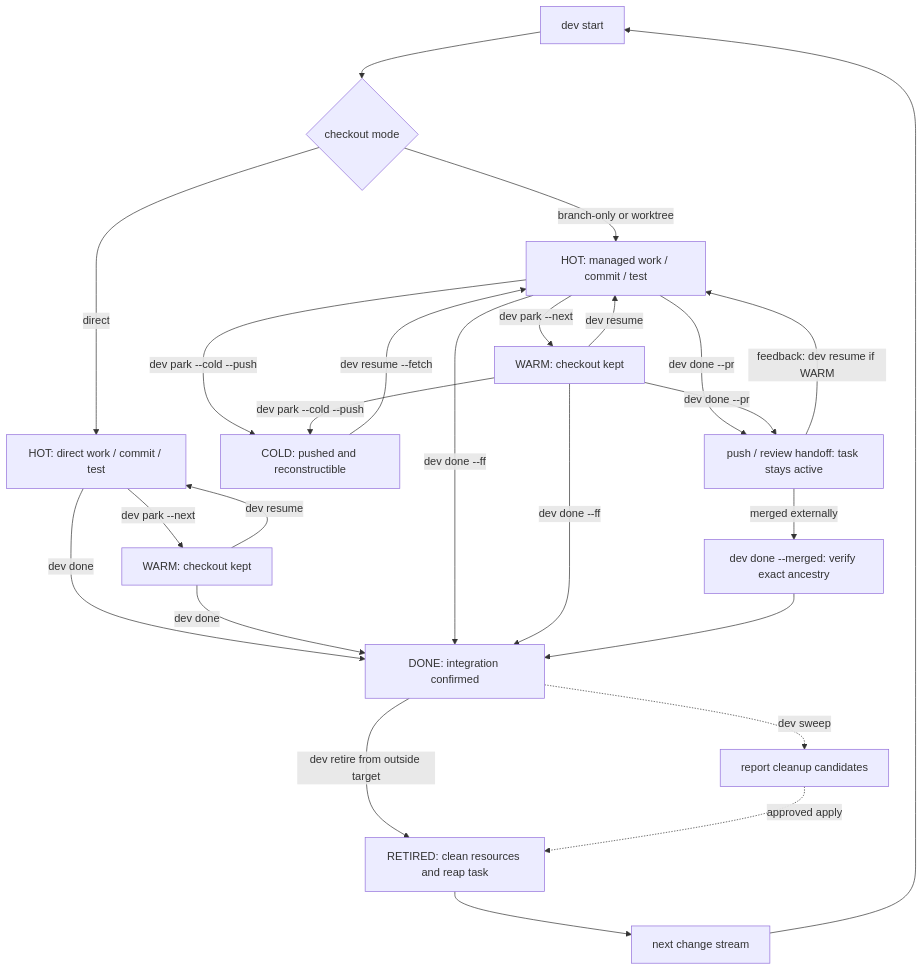
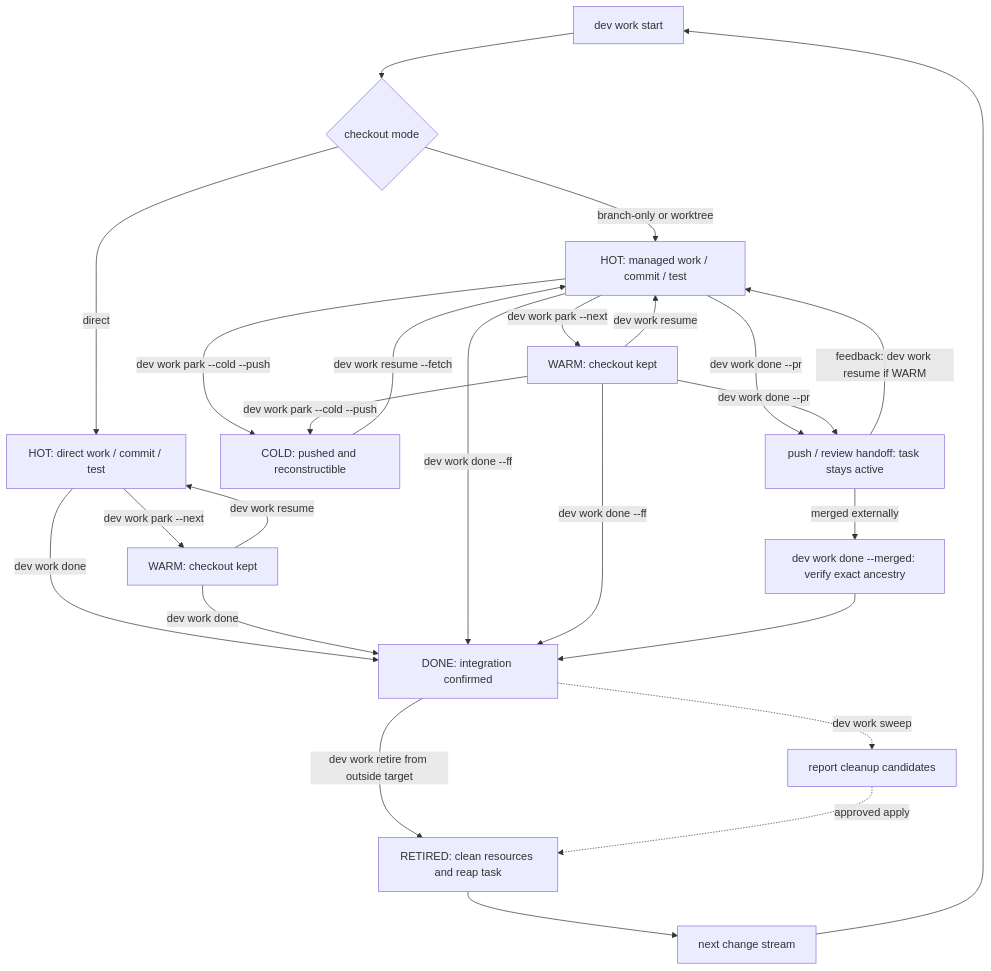
The diagram in docs/guides/change-stream-workflow.md (daviddwlee84/dev-cli), drawn with Mermaid before and after one commit. The commit also changed other lines of this file and 171 other files, not shown here.

````diff
--- a/docs/guides/change-stream-workflow.md
+++ b/docs/guides/change-stream-workflow.md
@@ -16,34 +16,34 @@
 ```mermaid
 flowchart TD
     accTitle: dev-cli change-stream workflow
     accDescr: A change stream starts in direct, branch-only, or worktree mode and cycles through active, parked, and resumed work. Direct or verified integration reaches DONE while resources remain, review preserves the current state, and external retirement performs cleanup.
 
-    Start["dev start"] --> Mode{"checkout mode"}
+    Start["dev work start"] --> Mode{"checkout mode"}
     Mode -->|direct| Direct["HOT: direct work / commit / test"]
     Mode -->|branch-only or worktree| Managed["HOT: managed work / commit / test"]
 
-    Direct -->|dev park --next| WarmDirect["WARM: checkout kept"]
-    WarmDirect -->|dev resume| Direct
-    Managed -->|dev park --next| WarmManaged["WARM: checkout kept"]
-    WarmManaged -->|dev resume| Managed
-    Managed -->|dev park --cold --push| Cold["COLD: pushed and reconstructible"]
-    WarmManaged -->|dev park --cold --push| Cold
-    Cold -->|dev resume --fetch| Managed
+    Direct -->|dev work park --next| WarmDirect["WARM: checkout kept"]
+    WarmDirect -->|dev work resume| Direct
+    Managed -->|dev work park --next| WarmManaged["WARM: checkout kept"]
+    WarmManaged -->|dev work resume| Managed
+    Managed -->|dev work park --cold --push| Cold["COLD: pushed and reconstructible"]
+    WarmManaged -->|dev work park --cold --push| Cold
+    Cold -->|dev work resume --fetch| Managed
 
-    Direct -->|dev done| Done["DONE: integration confirmed"]
-    WarmDirect -->|dev done| Done
-    Managed -->|dev done --ff| Done
-    WarmManaged -->|dev done --ff| Done
+    Direct -->|dev work done| Done["DONE: integration confirmed"]
+    WarmDirect -->|dev work done| Done
+    Managed -->|dev work done --ff| Done
+    WarmManaged -->|dev work done --ff| Done
 
-    Managed -->|dev done --pr| Review["push / review handoff: task stays active"]
-    WarmManaged -->|dev done --pr| Review
-    Review -->|feedback: dev resume if WARM| Managed
-    Review -->|merged externally| Reconcile["dev done --merged: verify exact ancestry"]
+    Managed -->|dev work done --pr| Review["push / review handoff: task stays active"]
+    WarmManaged -->|dev work done --pr| Review
+    Review -->|feedback: dev work resume if WARM| Managed
+    Review -->|merged externally| Reconcile["dev work done --merged: verify exact ancestry"]
     Reconcile --> Done
 
-    Done -->|dev retire from outside target| Reaped["RETIRED: clean resources and reap task"]
-    Done -.->|dev sweep| Report["report cleanup candidates"]
+    Done -->|dev work retire from outside target| Reaped["RETIRED: clean resources and reap task"]
+    Done -.->|dev work sweep| Report["report cleanup candidates"]
     Report -.->|approved apply| Reaped
     Reaped --> Next["next change stream"]
     Next --> Start
 ```
````
